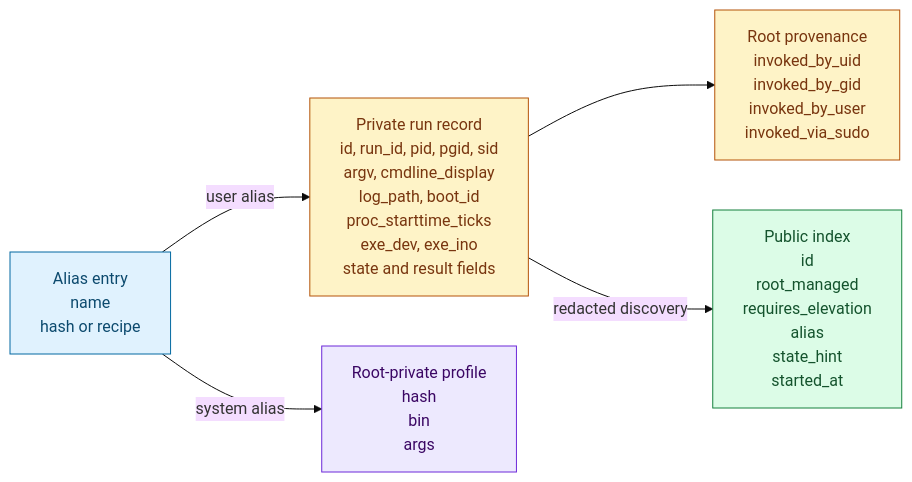
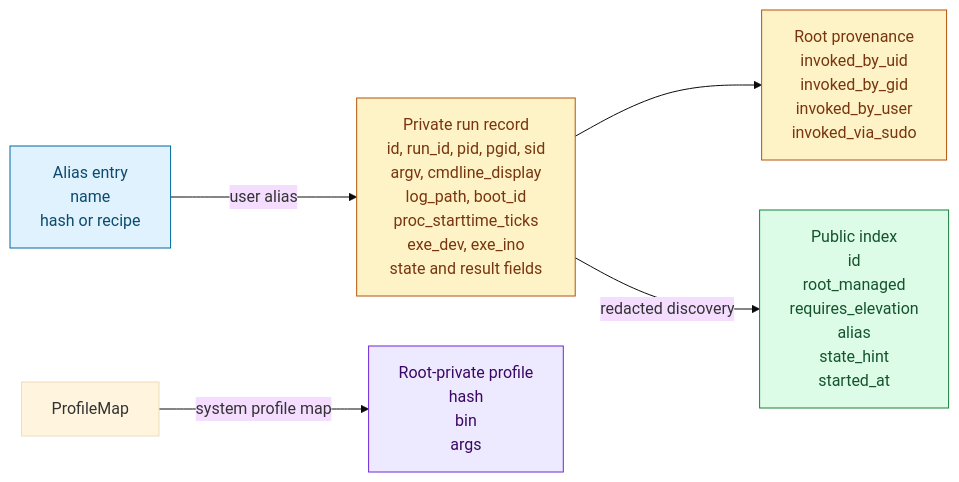
One commit to RchGrav/HoldOn changed the first of 2 diagrams in docs/store.md. Above: the diagram before and after it, drawn with Mermaid (base theme). The commit also changed other lines of this file and 14 other files, not shown here.

````diff
--- a/docs/store.md
+++ b/docs/store.md
@@ -47,22 +47,22 @@
 ```mermaid
 flowchart LR
     Run["Private run record<br/>id, run_id, pid, pgid, sid<br/>argv, cmdline_display<br/>log_path, boot_id<br/>proc_starttime_ticks<br/>exe_dev, exe_ino<br/>state and result fields"]
     Provenance["Root provenance<br/>invoked_by_uid<br/>invoked_by_gid<br/>invoked_by_user<br/>invoked_via_sudo"]
     Public["Public index<br/>id<br/>root_managed<br/>requires_elevation<br/>alias<br/>state_hint<br/>started_at"]
     Profile["Root-private profile<br/>hash<br/>bin<br/>args"]
     Alias["Alias entry<br/>name<br/>hash or recipe"]
 
     Run --> Provenance
     Run -->|"redacted discovery"| Public
-    Alias -->|"system alias"| Profile
+    ProfileMap -->|"system profile map"| Profile
     Alias -->|"user alias"| Run
 
     classDef authority fill:#fef3c7,stroke:#b45309,color:#78350f
     classDef public fill:#dcfce7,stroke:#15803d,color:#14532d
     classDef profile fill:#ede9fe,stroke:#6d28d9,color:#3b0764
     classDef user fill:#e0f2fe,stroke:#0369a1,color:#0c4a6e
     class Run,Provenance authority
     class Public public
     class Profile profile
     class Alias user
 ```
````
